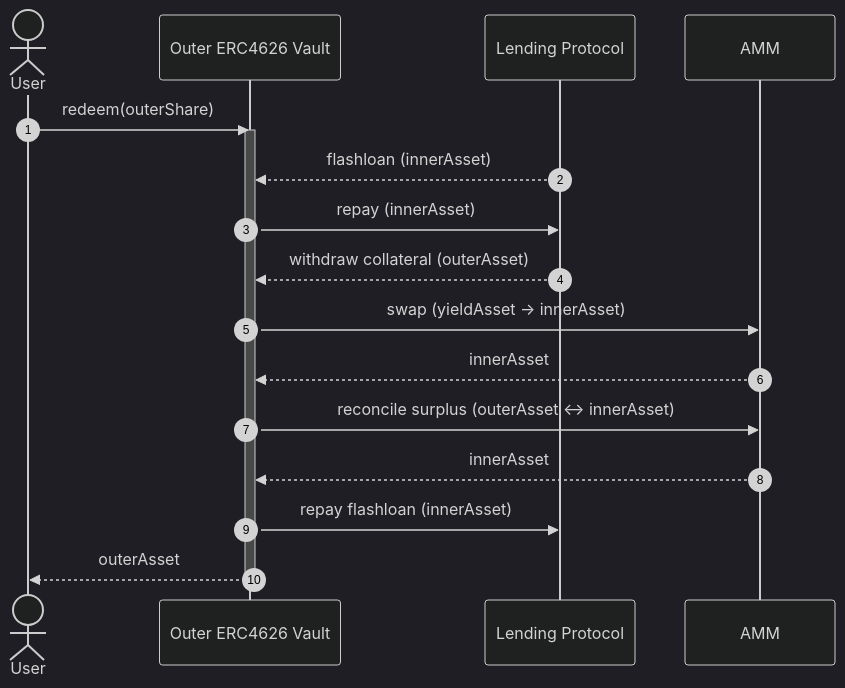
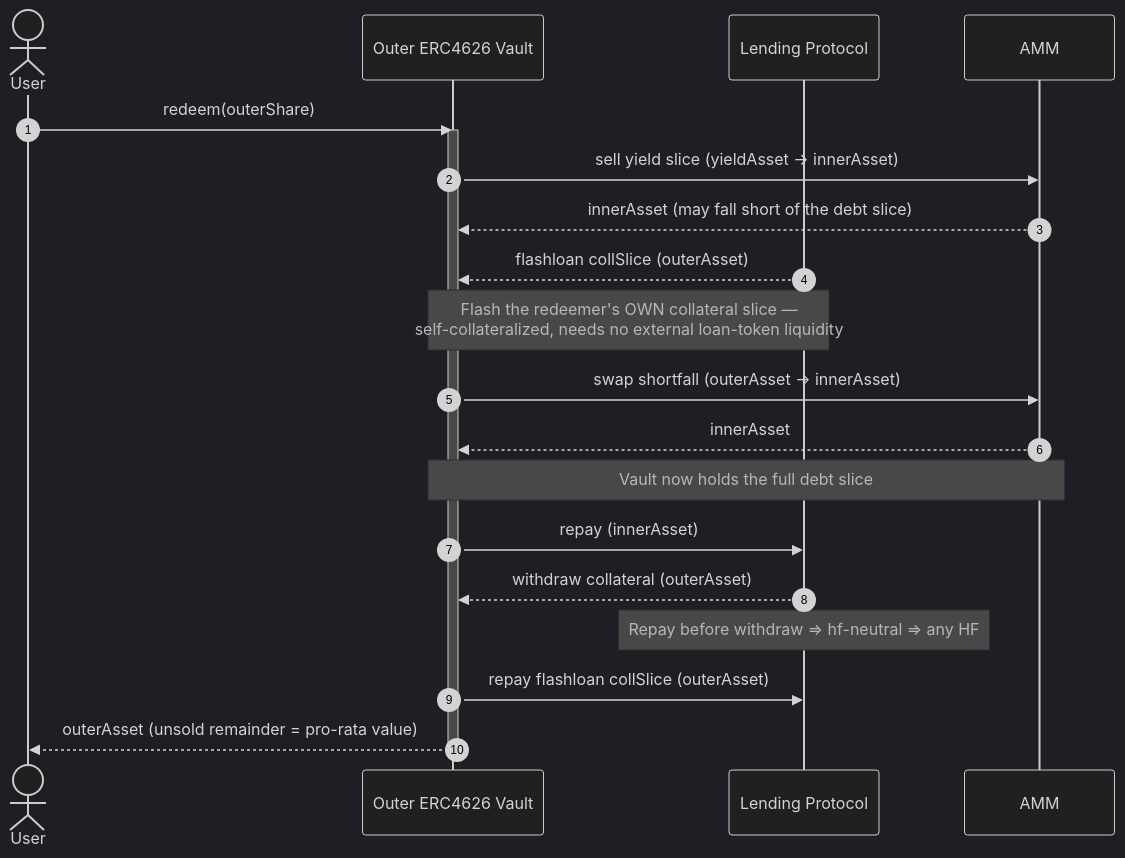
One commit to onflow/flow-credit-markets changed the fifth of 7 diagrams in docs/architecture.md. Above: the diagram before and after it, drawn with Mermaid (dark theme). The commit also changed other lines of this file and 3 other files, not shown here.

Commit message:
Flash collateral, not loan token, in redeem Case-B

````diff
--- a/docs/architecture.md
+++ b/docs/architecture.md
@@ -171,27 +171,30 @@
 ```mermaid
 sequenceDiagram
       autonumber
       actor User
       participant Outer as Outer ERC4626 Vault
       participant Lender as Lending Protocol
       participant Dex as AMM
 
       User->>Outer: redeem(outerShare)
       activate Outer
 
-      Lender-->>Outer: flashloan (innerAsset)
+      Outer->>Dex: sell yield slice (yieldAsset → innerAsset)
+      Dex-->>Outer: innerAsset (may fall short of the debt slice)
+
+      Lender-->>Outer: flashloan collSlice (outerAsset)
+      Note over Outer,Lender: Flash the redeemer's OWN collateral slice —<br/>self-collateralized, needs no external loan-token liquidity
+
+      Outer->>Dex: swap shortfall (outerAsset → innerAsset)
+      Dex-->>Outer: innerAsset
+      Note over Outer,Dex: Vault now holds the full debt slice
 
       Outer->>Lender: repay (innerAsset)
       Lender-->>Outer: withdraw collateral (outerAsset)
+      Note over Lender: Repay before withdraw ⇒ hf-neutral ⇒ any HF
 
-      Outer->>Dex: swap (yieldAsset → innerAsset)
-      Dex-->>Outer: innerAsset
+      Outer->>Lender: repay flashloan collSlice (outerAsset)
 
-      Outer->>Dex: reconcile surplus (outerAsset ↔ innerAsset)
-      Dex-->>Outer: innerAsset
-
-      Outer->>Lender: repay flashloan (innerAsset)
-
-      Outer-->>User: outerAsset
+      Outer-->>User: outerAsset (unsold remainder = pro-rata value)
       deactivate Outer
 ```
````
